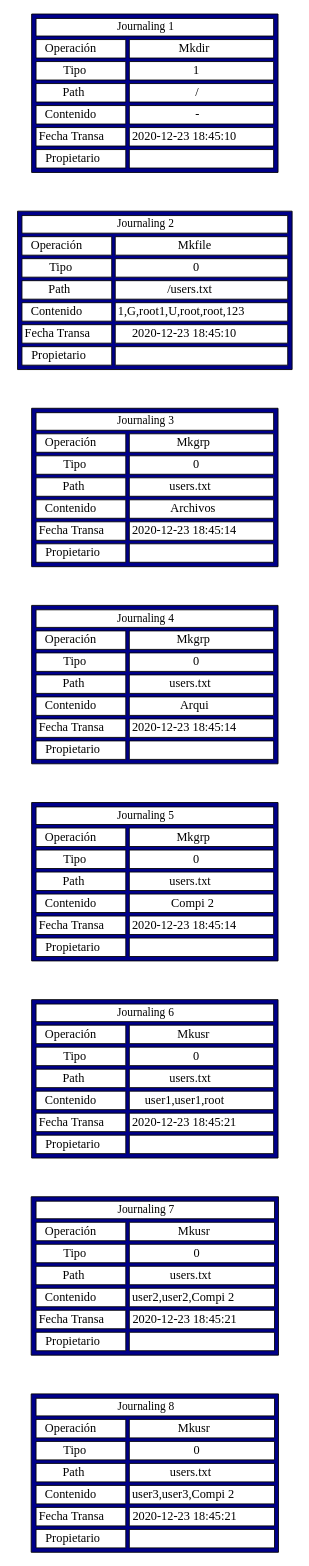
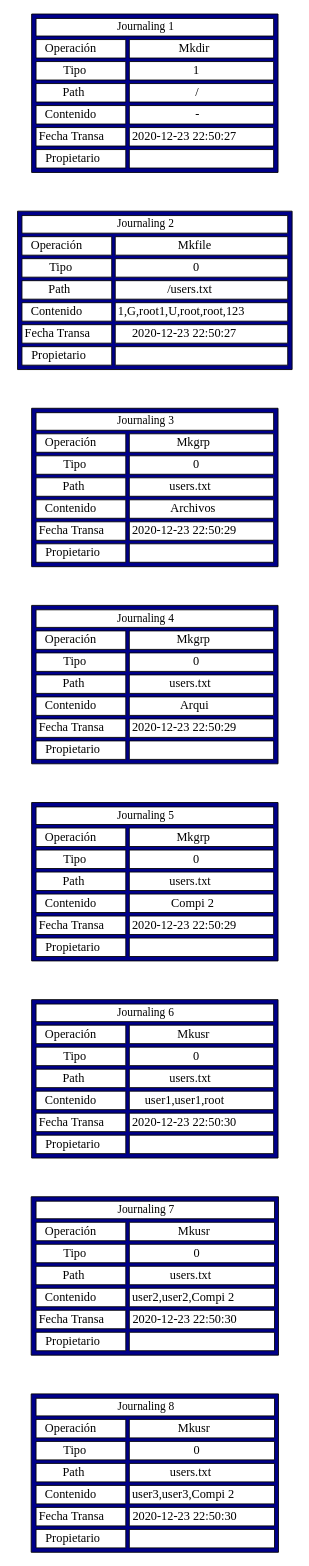
Before and after one commit to kfabio001/-MIA-Proyecto1Fase2_20170907: the diagram in codigo9.dot, drawn with Graphviz. The commit also changed 8 other files, not shown here.

```diff
--- a/codigo9.dot
+++ b/codigo9.dot
@@ -23,7 +23,7 @@
    	</TR>
    	<TR>
 	   <TD  bgcolor='white' >Fecha Transa</TD>
-	   <TD  bgcolor='white' > 2020-12-23 18:45:10 </TD>
+	   <TD  bgcolor='white' > 2020-12-23 22:50:27 </TD>
    	</TR>
    	<TR>
 	   <TD  bgcolor='white' >Propietario</TD>
@@ -59,7 +59,7 @@
    	</TR>
    	<TR>
 	   <TD  bgcolor='white' >Fecha Transa</TD>
-	   <TD  bgcolor='white' > 2020-12-23 18:45:10 </TD>
+	   <TD  bgcolor='white' > 2020-12-23 22:50:27 </TD>
    	</TR>
    	<TR>
 	   <TD  bgcolor='white' >Propietario</TD>
@@ -94,7 +94,7 @@
    	</TR>
    	<TR>
 	   <TD  bgcolor='white' >Fecha Transa</TD>
-	   <TD  bgcolor='white' > 2020-12-23 18:45:14 </TD>
+	   <TD  bgcolor='white' > 2020-12-23 22:50:29 </TD>
    	</TR>
    	<TR>
 	   <TD  bgcolor='white' >Propietario</TD>
@@ -129,7 +129,7 @@
    	</TR>
    	<TR>
 	   <TD  bgcolor='white' >Fecha Transa</TD>
-	   <TD  bgcolor='white' > 2020-12-23 18:45:14 </TD>
+	   <TD  bgcolor='white' > 2020-12-23 22:50:29 </TD>
    	</TR>
    	<TR>
 	   <TD  bgcolor='white' >Propietario</TD>
@@ -164,7 +164,7 @@
    	</TR>
    	<TR>
 	   <TD  bgcolor='white' >Fecha Transa</TD>
-	   <TD  bgcolor='white' > 2020-12-23 18:45:14 </TD>
+	   <TD  bgcolor='white' > 2020-12-23 22:50:29 </TD>
    	</TR>
    	<TR>
 	   <TD  bgcolor='white' >Propietario</TD>
@@ -199,7 +199,7 @@
    	</TR>
    	<TR>
 	   <TD  bgcolor='white' >Fecha Transa</TD>
-	   <TD  bgcolor='white' > 2020-12-23 18:45:21 </TD>
+	   <TD  bgcolor='white' > 2020-12-23 22:50:30 </TD>
    	</TR>
    	<TR>
 	   <TD  bgcolor='white' >Propietario</TD>
@@ -234,7 +234,7 @@
    	</TR>
    	<TR>
 	   <TD  bgcolor='white' >Fecha Transa</TD>
-	   <TD  bgcolor='white' > 2020-12-23 18:45:21 </TD>
+	   <TD  bgcolor='white' > 2020-12-23 22:50:30 </TD>
    	</TR>
    	<TR>
 	   <TD  bgcolor='white' >Propietario</TD>
@@ -269,7 +269,7 @@
    	</TR>
    	<TR>
 	   <TD  bgcolor='white' >Fecha Transa</TD>
-	   <TD  bgcolor='white' > 2020-12-23 18:45:21 </TD>
+	   <TD  bgcolor='white' > 2020-12-23 22:50:30 </TD>
    	</TR>
    	<TR>
 	   <TD  bgcolor='white' >Propietario</TD>
```
